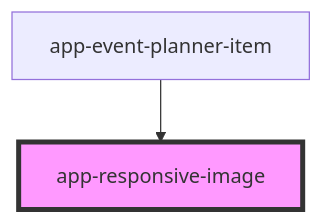
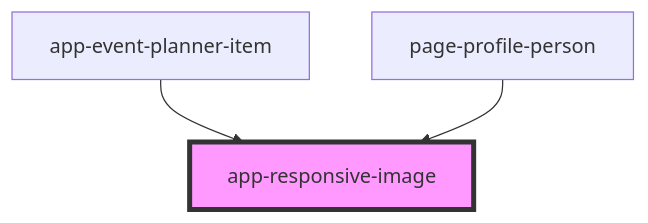
One commit to lokheed/IconEventNetwork.Web changed the diagram in iconeventnetwork-web/src/components/app-responsive-image/readme.md. Above: the diagram before and after it, drawn with Mermaid. The commit also changed other lines of this file and 6 other files, not shown here.

Commit message:
common ProfileImageDisc functional component

````diff
--- a/iconeventnetwork-web/src/components/app-responsive-image/readme.md
+++ b/iconeventnetwork-web/src/components/app-responsive-image/readme.md
@@ -25,5 +26,6 @@
 ```mermaid
 graph TD;
   app-event-planner-item --> app-responsive-image
+  page-profile-person --> app-responsive-image
   style app-responsive-image fill:#f9f,stroke:#333,stroke-width:4px
 ```
````
